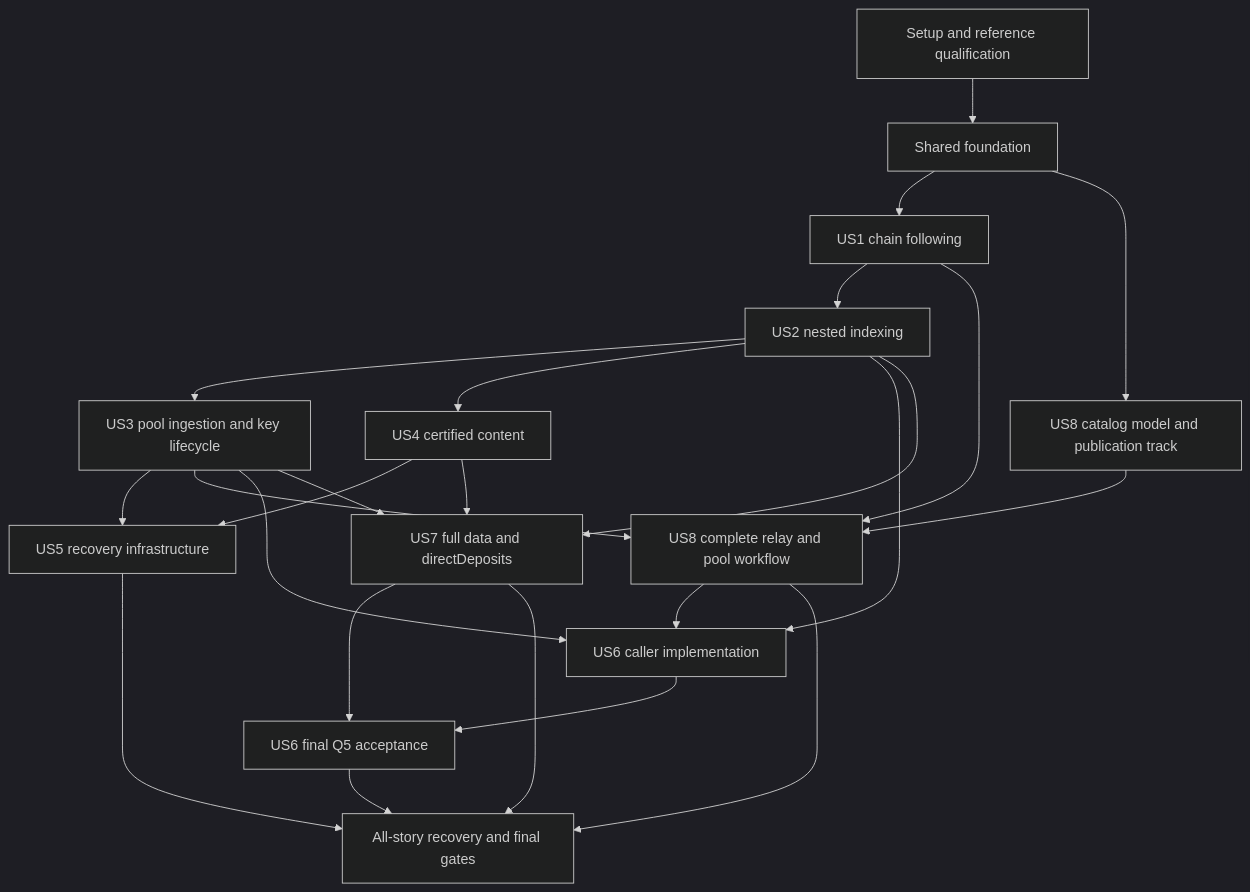
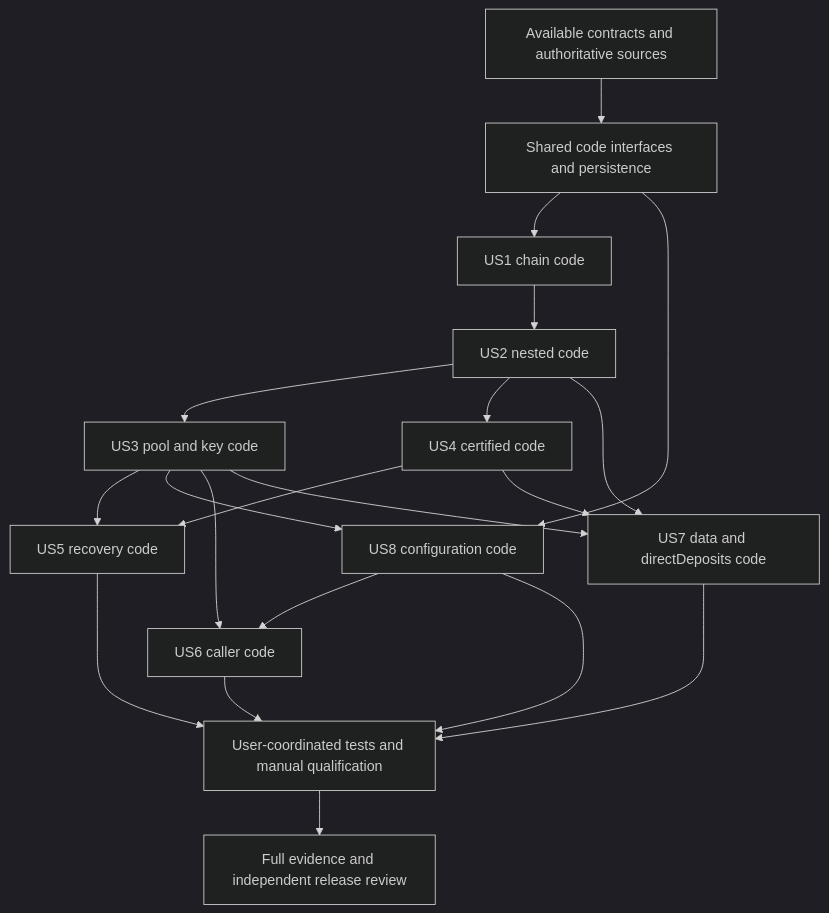
The diagram in specs/001-dijkstra-era-support/tasks.md (AndrewWestberg/jormanager), drawn with Mermaid (dark theme) before and after one commit. The commit also changed other lines of this file and 26 other files, not shown here.

````diff
--- a/specs/001-dijkstra-era-support/tasks.md
+++ b/specs/001-dijkstra-era-support/tasks.md
@@ -304,26 +309,22 @@
 ```mermaid
 graph TD
-  S[Setup and reference qualification] --> F[Shared foundation]
-  F --> U1[US1 chain following]
-  F --> P8[US8 catalog model and publication track]
-  U1 --> U2[US2 nested indexing]
-  U2 --> U3[US3 pool ingestion and key lifecycle]
-  U2 --> U4[US4 certified content]
-  U3 --> U5[US5 recovery infrastructure]
+  C[Available contracts and authoritative sources] --> F[Shared code interfaces and persistence]
+  F --> U1[US1 chain code]
+  F --> U8[US8 configuration code]
+  U1 --> U2[US2 nested code]
+  U2 --> U3[US3 pool and key code]
+  U2 --> U4[US4 certified code]
+  U3 --> U5[US5 recovery code]
   U4 --> U5
-  P8 --> U8[US8 complete relay and pool workflow]
-  U1 --> U8
   U3 --> U8
-  U2 --> U6[US6 caller implementation]
-  U3 --> U6
+  U3 --> U6[US6 caller code]
   U8 --> U6
-  U2 --> U7[US7 full data and directDeposits]
+  U2 --> U7[US7 data and directDeposits code]
+  U3 --> U7
   U4 --> U7
-  U3 --> U7
-  U6 --> U6A[US6 final Q5 acceptance]
-  U7 --> U6A
-  U5 --> A[All-story recovery and final gates]
-  U6A --> A
-  U7 --> A
-  U8 --> A
+  U6 --> V[User-coordinated tests and manual qualification]
+  U7 --> V
+  U5 --> V
+  U8 --> V
+  V --> R[Full evidence and independent release review]
 ```
````
